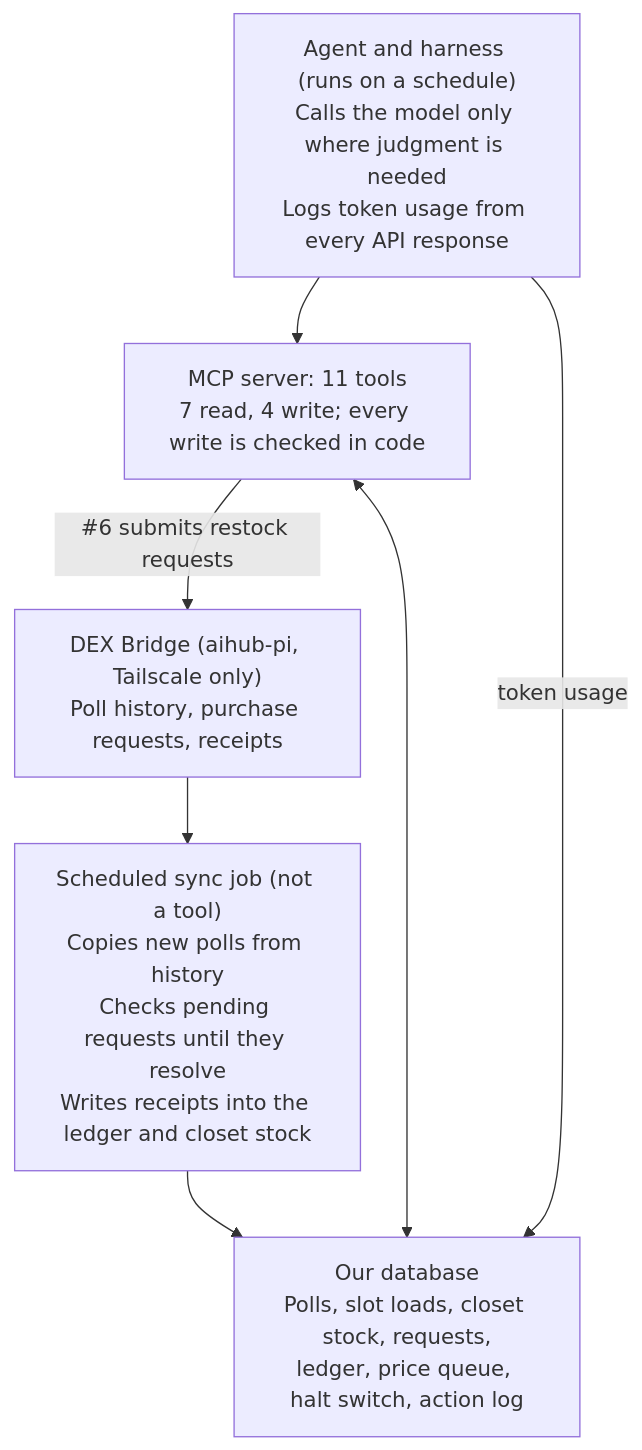
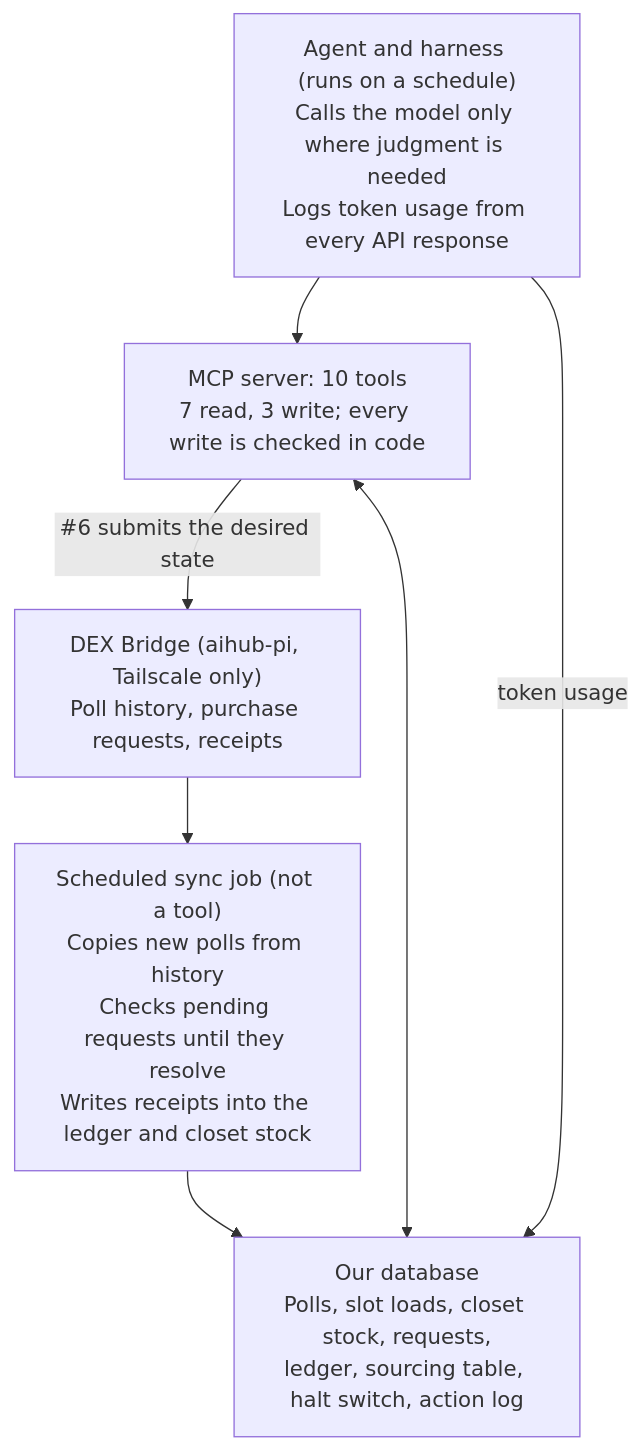
Before and after one commit to marshall-strong/agentic-vending: the diagram in docs/planning/tool-list.md, drawn with Mermaid. The commit also changed other lines of this file and 2 other files, not shown here.

````diff
--- a/docs/planning/tool-list.md
+++ b/docs/planning/tool-list.md
@@ -81,13 +238,13 @@
 ```mermaid
 flowchart TD
     bridge["DEX Bridge (aihub-pi, Tailscale only)<br/>Poll history, purchase requests, receipts"]
     sync["Scheduled sync job (not a tool)<br/>Copies new polls from history<br/>Checks pending requests until they resolve<br/>Writes receipts into the ledger and closet stock"]
-    db["Our database<br/>Polls, slot loads, closet stock, requests,<br/>ledger, price queue, halt switch, action log"]
-    tools["MCP server: 11 tools<br/>7 read, 4 write; every write is checked in code"]
+    db["Our database<br/>Polls, slot loads, closet stock, requests,<br/>ledger, sourcing table, halt switch, action log"]
+    tools["MCP server: 10 tools<br/>7 read, 3 write; every write is checked in code"]
     agent["Agent and harness (runs on a schedule)<br/>Calls the model only where judgment is needed<br/>Logs token usage from every API response"]
     bridge --> sync --> db
     tools <--> db
     agent --> tools
     agent -- "token usage" --> db
-    tools -- "#6 submits restock requests" --> bridge
+    tools -- "#6 submits the desired state" --> bridge
 ```
````
